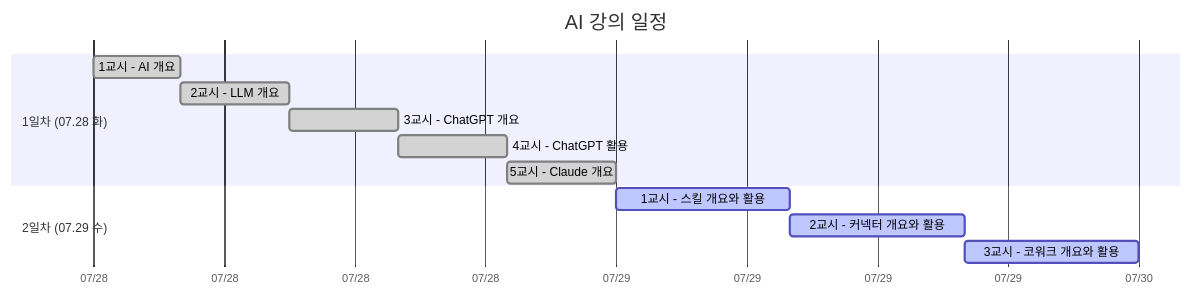
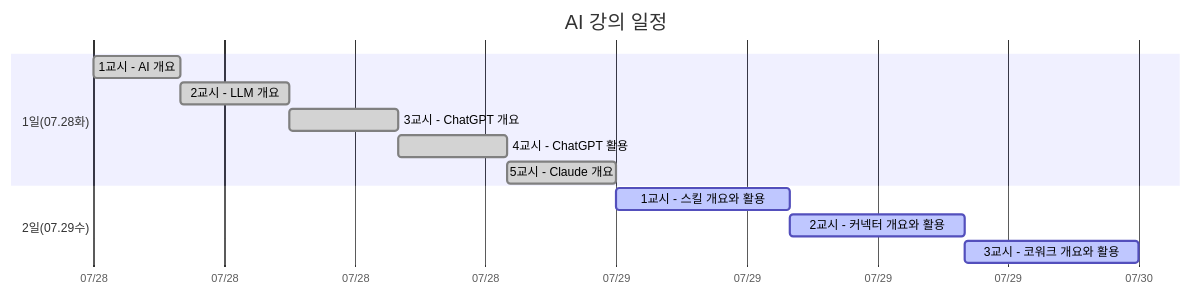
One commit to soobook/2026-LLM changed the first of 9 diagrams in README.md. Above: the diagram before and after it, drawn with Mermaid.

````diff
--- a/README.md
+++ b/README.md
@@ -15,18 +15,18 @@
 ```mermaid
 gantt
     title AI 강의 일정
     dateFormat YYYY-MM-DD
     axisFormat %m/%d
 
-    section 1일차 (07.28 화)
+    section 1일(07.28화)
     1교시 - AI 개요                      :done, a1, 2026-07-28, 4h
     2교시 - LLM 개요                     :done, a2, after a1, 5h
     3교시 - ChatGPT 개요                 :done, a3, after a2, 5h
     4교시 - ChatGPT 활용                 :done, a4, after a3, 5h
     5교시 - Claude 개요                  :done, a5, after a4, 5h
 
-    section 2일차 (07.29 수)
+    section 2일(07.29수)
     1교시 - 스킬 개요와 활용             :active, b1, 2026-07-29, 8h
     2교시 - 커넥터 개요와 활용           :active, b2, after b1, 8h
     3교시 - 코워크 개요와 활용           :active, b3, after b2, 8h
 ```
````
